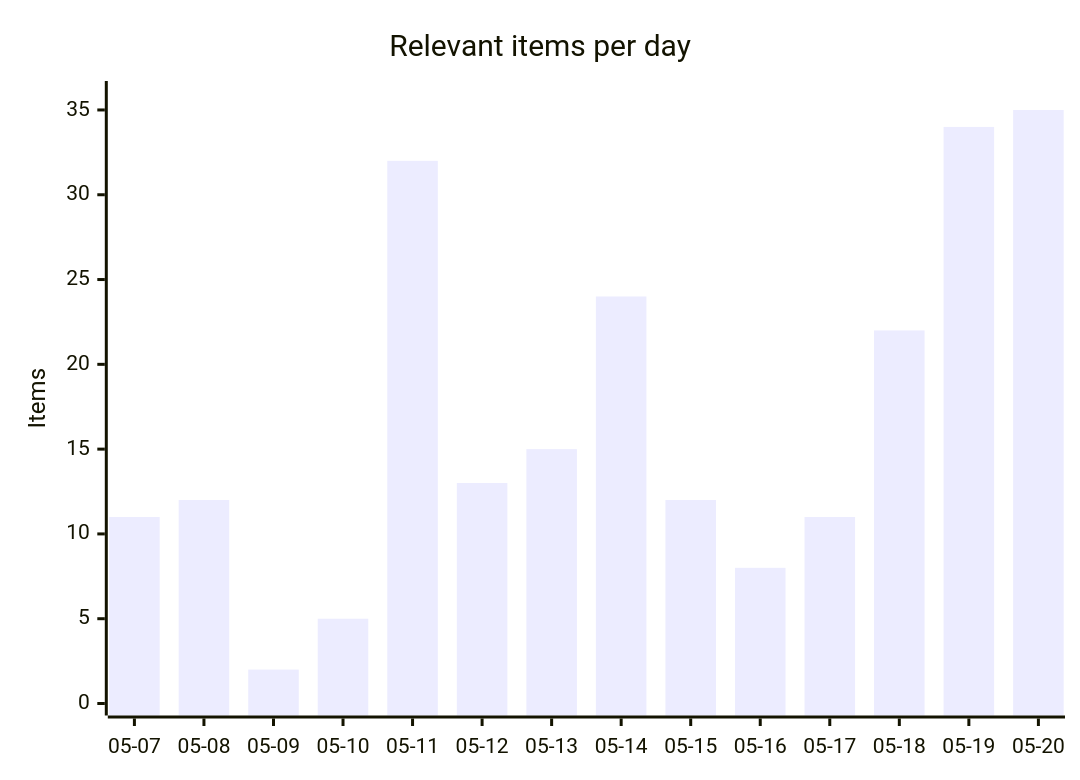
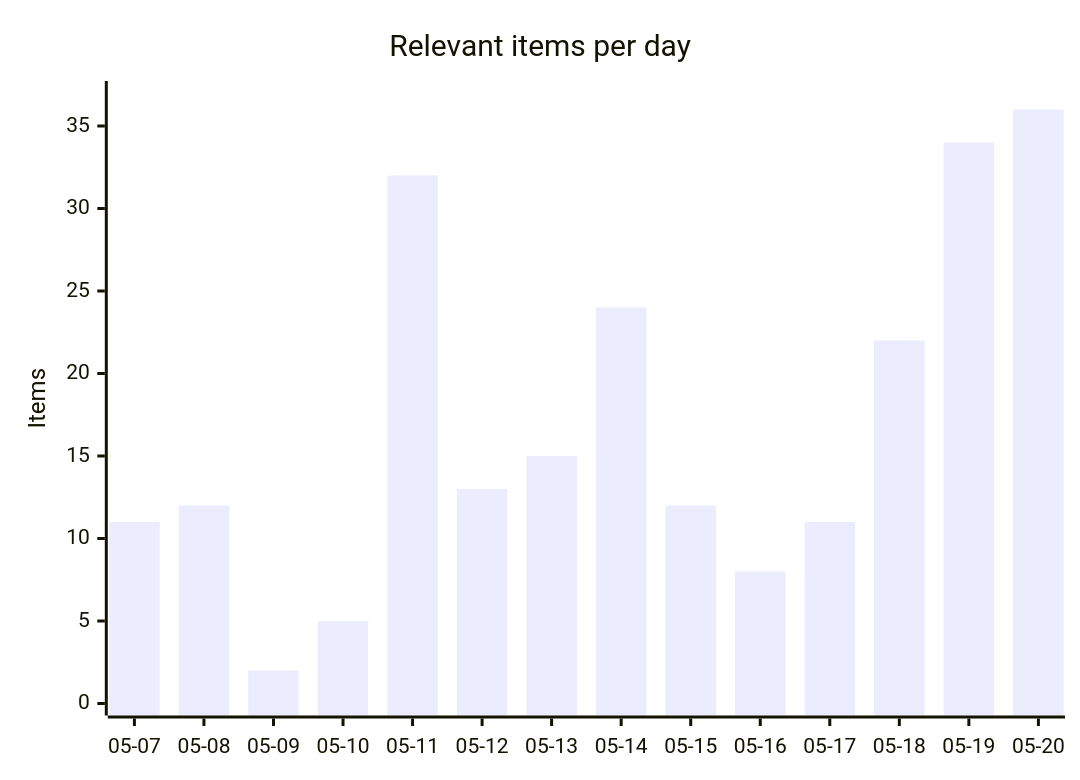
One commit to martinbalfanz/social-scanner-reports changed the first of 4 diagrams in README.md. Above: the diagram before and after it, drawn with Mermaid. The commit also changed other lines of this file and 4 other files, not shown here.

````diff
--- a/README.md
+++ b/README.md
@@ -30,7 +30,7 @@
 ```mermaid
 xychart-beta
     title "Relevant items per day"
     x-axis ["05-07", "05-08", "05-09", "05-10", "05-11", "05-12", "05-13", "05-14", "05-15", "05-16", "05-17", "05-18", "05-19", "05-20"]
-    y-axis "Items" 0 --> 36
-    bar [11, 12, 2, 5, 32, 13, 15, 24, 12, 8, 11, 22, 34, 35]
+    y-axis "Items" 0 --> 37
+    bar [11, 12, 2, 5, 32, 13, 15, 24, 12, 8, 11, 22, 34, 36]
 ```
````
